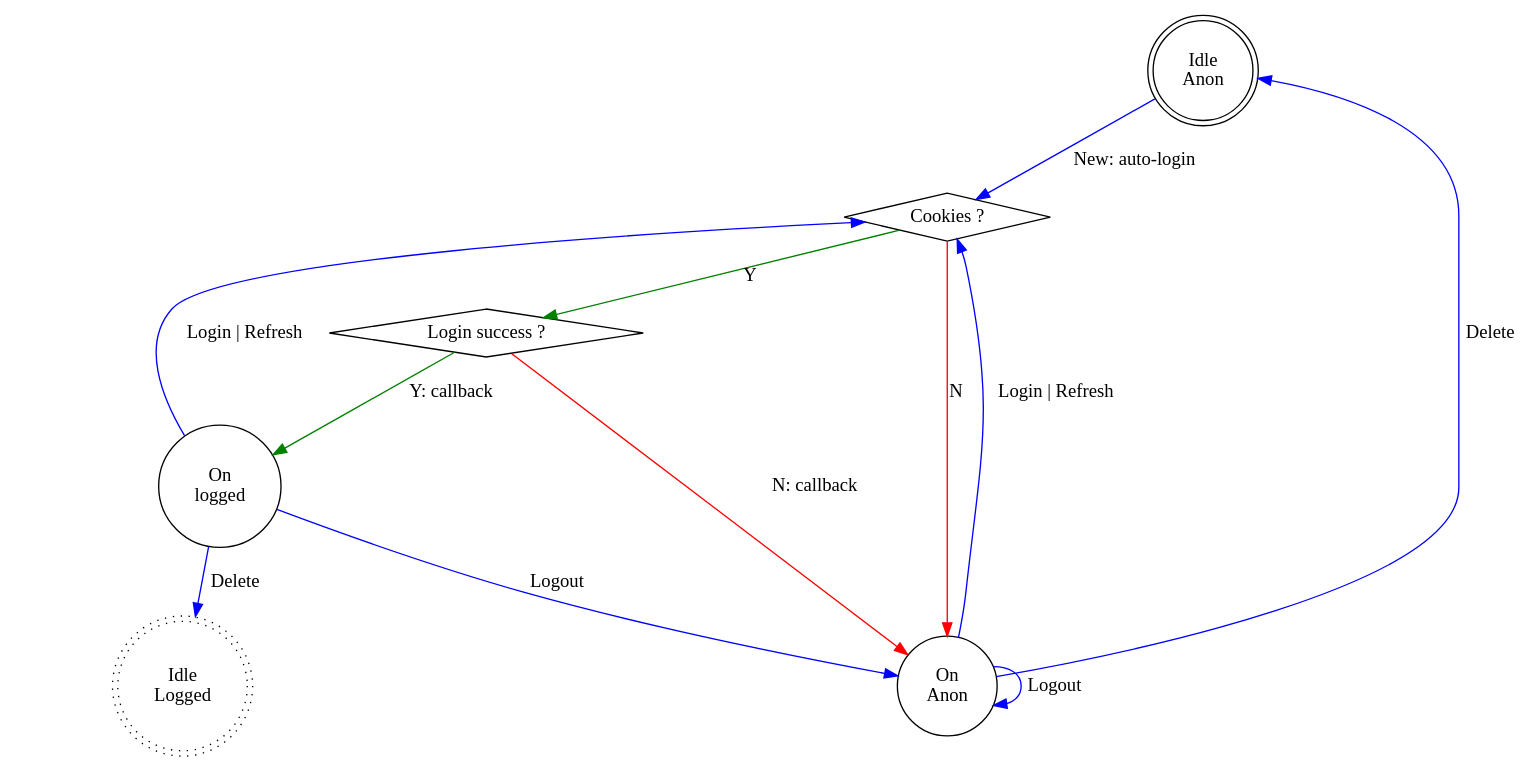
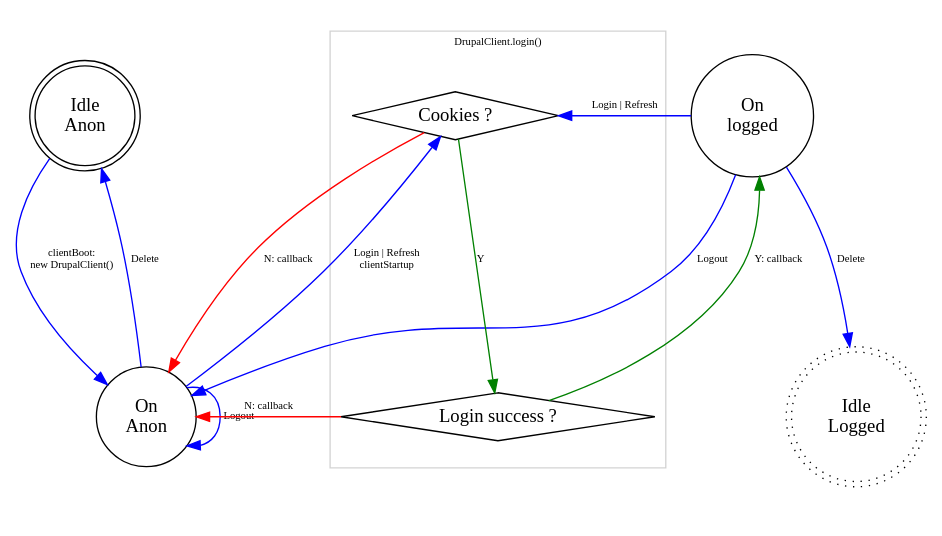
Before and after one commit to fgm/accounts-drupal: the diagram in help/client-state-diagram-autologin-always.dot, drawn with Graphviz. The commit also changed 8 other files, not shown here.

```diff
--- a/help/client-state-diagram-autologin-always.dot
+++ b/help/client-state-diagram-autologin-always.dot
@@ -1,40 +1,48 @@
 digraph login {
 	rankdir = TB;
 	ratio = 0.5625; // 16/9.
 
 	// States
 	node [ shape="circle", style="solid" ];
 	idle_anon	[ label="Idle\nAnon", shape="doublecircle" ];
 	idle_logged	[ label="Idle\nLogged", shape="doublecircle", style="dotted" ];
 	on_anon		[ label="On\nAnon" ];
 	on_logged	[ label="On\nlogged" ];
 
 	// Decisions
-	node [ shape="diamond" ];
-	cookies 		[ label="Cookies ?" ];
+	node            [ shape="diamond" ];
+	cookies 		    [ label="Cookies ?" ];
 	login_method		[ label="Login success ?"];
 
 	node [ shape="rect", color=red ];
 
+  subgraph cluster_login {
+    color = lightgray;
+    fontsize = 8;
+    label = "DrupalClient.login()"
+
+    cookies;
+    login_method;
+  }
 
 	// Edges
-	edge [ color=blue ];
-	idle_anon -> cookies			[ label="New: auto-login" ];
-	on_anon -> cookies			[ label="Login | Refresh" ];
+	edge [ color=blue, fontsize= 8 ];
+	idle_anon -> on_anon		[ label="clientBoot:\nnew DrupalClient()" ];
+	on_anon -> cookies			[ label="Login | Refresh\nclientStartup" ];
 	on_anon -> on_anon			[ label="Logout" ];
 	on_anon -> idle_anon			[ label="Delete" ];
 	on_logged -> cookies			[ label="Login | Refresh" ];
 	on_logged -> on_anon			[ label="Logout" ];
 	on_logged -> idle_logged		[ label="Delete" ];
 
 	// Success
 	edge [ label="Y", color=green ];
 	cookies -> login_method;
 	login_method -> on_logged		[ label="Y: callback" ];
 
 	// Failure
-	edge [ label="N", color=red ];
+	edge [ label="N: callback", color=red ];
 	cookies -> on_anon;
-	login_method -> on_anon		[ label="N: callback" ];
+	login_method -> on_anon;
 
 }
```
